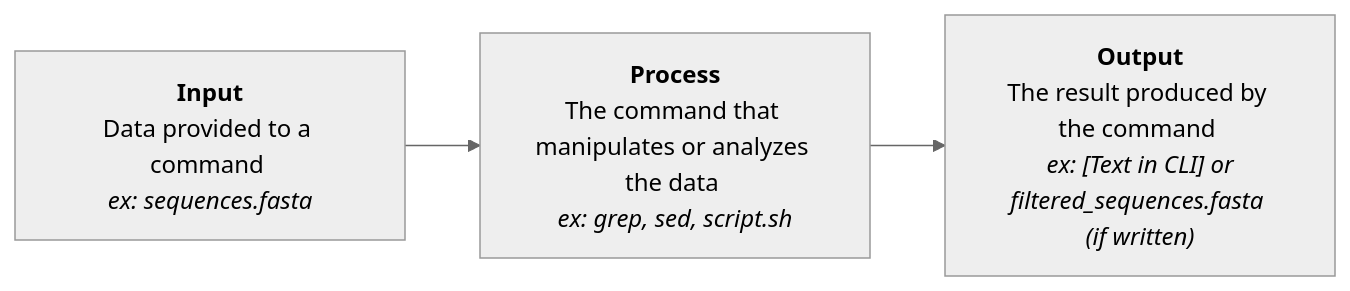
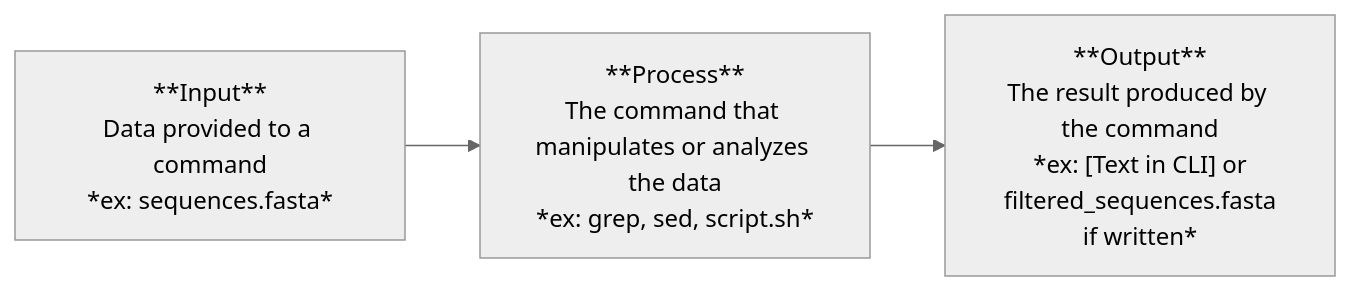
The diagram in practicals/Practicals - CLI/PRACTICAL_INTRO_TO_COMMAND_LINE.qmd (n2bin-GU/BIO511-2025), drawn with Mermaid (neutral theme) before and after one commit. The commit also changed other lines of this file and 78 other files, not shown here.

````diff
--- a/practicals/Practicals - CLI/PRACTICAL_INTRO_TO_COMMAND_LINE.qmd
+++ b/practicals/Practicals - CLI/PRACTICAL_INTRO_TO_COMMAND_LINE.qmd
@@ -378,17 +378,9 @@
 ```{mermaid}
 flowchart LR
-    A["`**Input**
-      Data provided to a command 
-      *ex: sequences.fasta*`"]
-    B["`**Process**
-      The command that manipulates or analyzes the data 
-      *ex: grep, sed, script.sh*`"]
-    C["`**Output**
-      The result produced by the command 
-      *ex: [Text in CLI] or
-      filtered_sequences.fasta 
-      (if written)*`"]
+    A["**Input**<br />Data provided to a command<br />*ex: sequences.fasta*"]
+    B["**Process**<br />The command that manipulates or analyzes the data<br />*ex: grep, sed, script.sh*"]
+    C["**Output**<br />The result produced by the command<br />*ex: [Text in CLI] or<br />filtered_sequences.fasta<br />if written*"]
 
     A --> B
     B --> C
 ```
````
